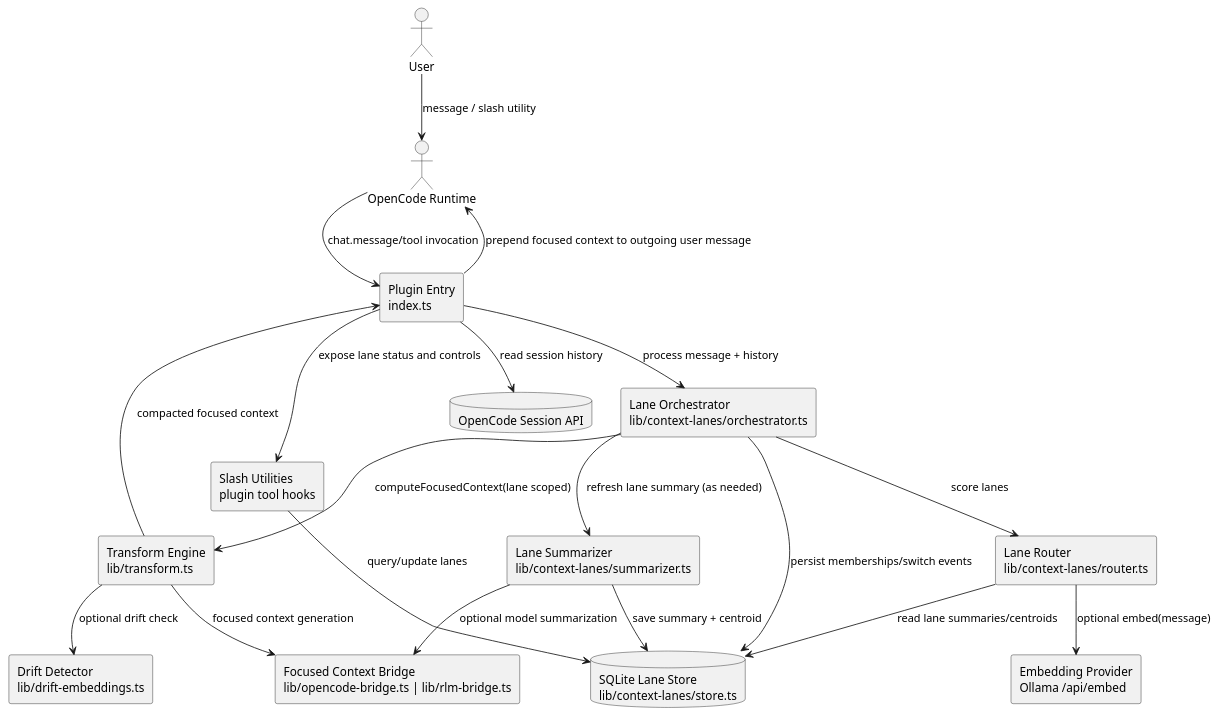
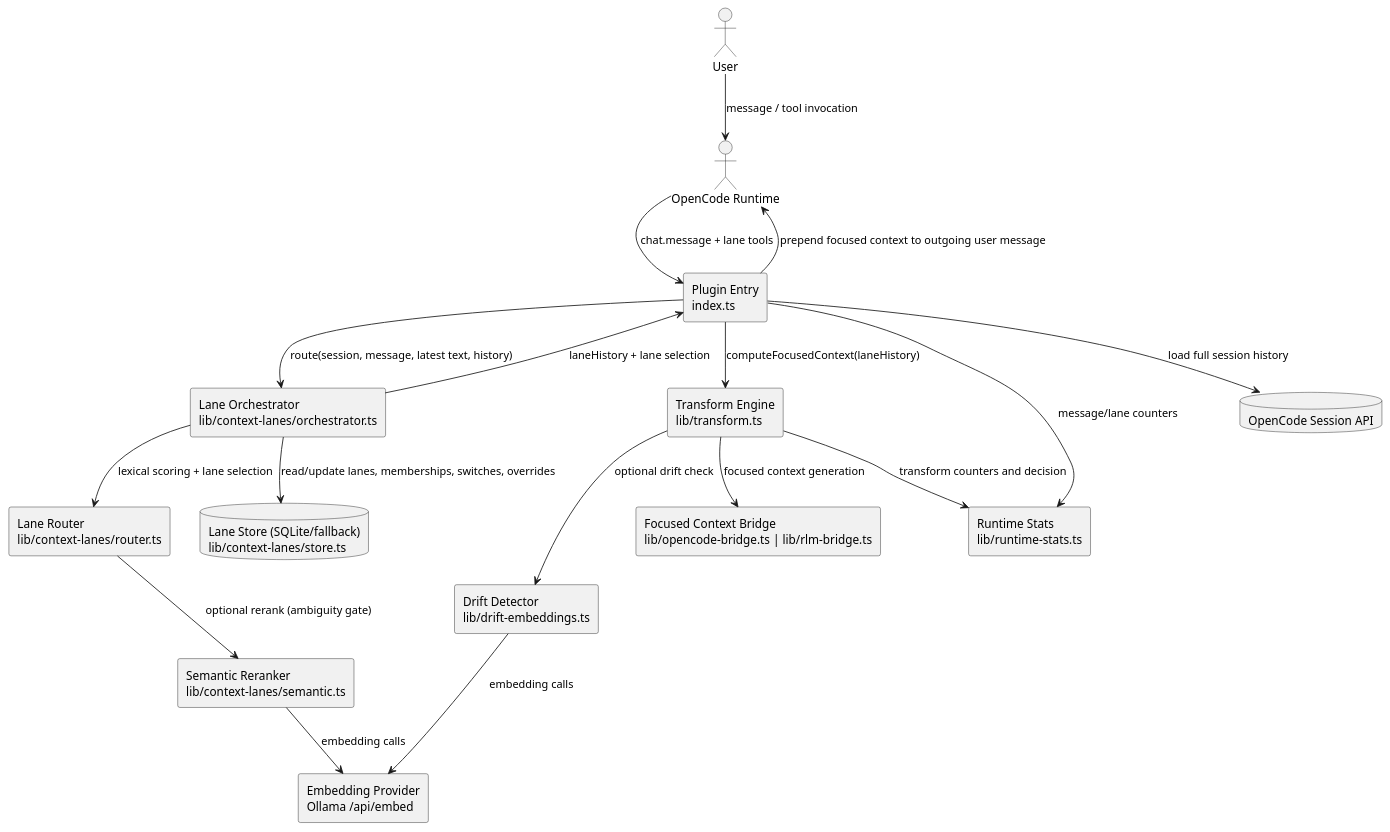
Before and after one commit to manorit2001/opencode-rlm-plugin: the first of 5 diagrams in docs/CONTEXT_LANES_ARCHITECTURE.md, drawn with PlantUML. The commit also changed other lines of this file and 1 other file, not shown here.

First line of the commit message:
docs: align architecture UMLs with opencode-first runtime

````diff
--- a/docs/CONTEXT_LANES_ARCHITECTURE.md
+++ b/docs/CONTEXT_LANES_ARCHITECTURE.md
@@ -15,44 +15,43 @@
 ```plantuml
 @startuml
 skinparam componentStyle rectangle
 
 actor "User" as User
 actor "OpenCode Runtime" as Runtime
 
 component "Plugin Entry\nindex.ts" as Entry
 component "Lane Orchestrator\nlib/context-lanes/orchestrator.ts" as Orchestrator
 component "Lane Router\nlib/context-lanes/router.ts" as Router
-component "Lane Summarizer\nlib/context-lanes/summarizer.ts" as Summarizer
+component "Semantic Reranker\nlib/context-lanes/semantic.ts" as Semantic
+database "Lane Store (SQLite/fallback)\nlib/context-lanes/store.ts" as Store
+
 component "Transform Engine\nlib/transform.ts" as Transform
 component "Drift Detector\nlib/drift-embeddings.ts" as Drift
-component "Focused Context Bridge\nlib/opencode-bridge.ts | lib/rlm-bridge.ts" as FocusBridge
-component "Slash Utilities\nplugin tool hooks" as Utilities
+component "Focused Context Bridge\nlib/opencode-bridge.ts | lib/rlm-bridge.ts" as Bridge
+component "Runtime Stats\nlib/runtime-stats.ts" as Stats
 
-database "SQLite Lane Store\nlib/context-lanes/store.ts" as Store
+database "OpenCode Session API" as SessionAPI
 component "Embedding Provider\nOllama /api/embed" as Embed
-database "OpenCode Session API" as SessionAPI
 
-User --> Runtime : message / slash utility
-Runtime --> Entry : chat.message/tool invocation
+User --> Runtime : message / tool invocation
+Runtime --> Entry : chat.message + lane tools
 
-Entry --> SessionAPI : read session history
-Entry --> Orchestrator : process message + history
-Orchestrator --> Router : score lanes
-Router --> Embed : optional embed(message)
-Router --> Store : read lane summaries/centroids
-Orchestrator --> Store : persist memberships/switch events
-Orchestrator --> Summarizer : refresh lane summary (as needed)
-Summarizer --> FocusBridge : optional model summarization
-Summarizer --> Store : save summary + centroid
+Entry --> SessionAPI : load full session history
+Entry --> Orchestrator : route(session, message, latest text, history)
+Orchestrator --> Store : read/update lanes, memberships, switches, overrides
+Orchestrator --> Router : lexical scoring + lane selection
+Router --> Semantic : optional rerank (ambiguity gate)
+Semantic --> Embed : embedding calls
+Orchestrator --> Entry : laneHistory + lane selection
 
-Orchestrator --> Transform : computeFocusedContext(lane scoped)
+Entry --> Transform : computeFocusedContext(laneHistory)
 Transform --> Drift : optional drift check
-Transform --> FocusBridge : focused context generation
-Transform --> Entry : compacted focused context
+Drift --> Embed : embedding calls
+Transform --> Bridge : focused context generation
+Transform --> Stats : transform counters and decision
+Entry --> Stats : message/lane counters
 
 Entry --> Runtime : prepend focused context to outgoing user message
-Entry --> Utilities : expose lane status and controls
-Utilities --> Store : query/update lanes
 
 @enduml
 ```
````
